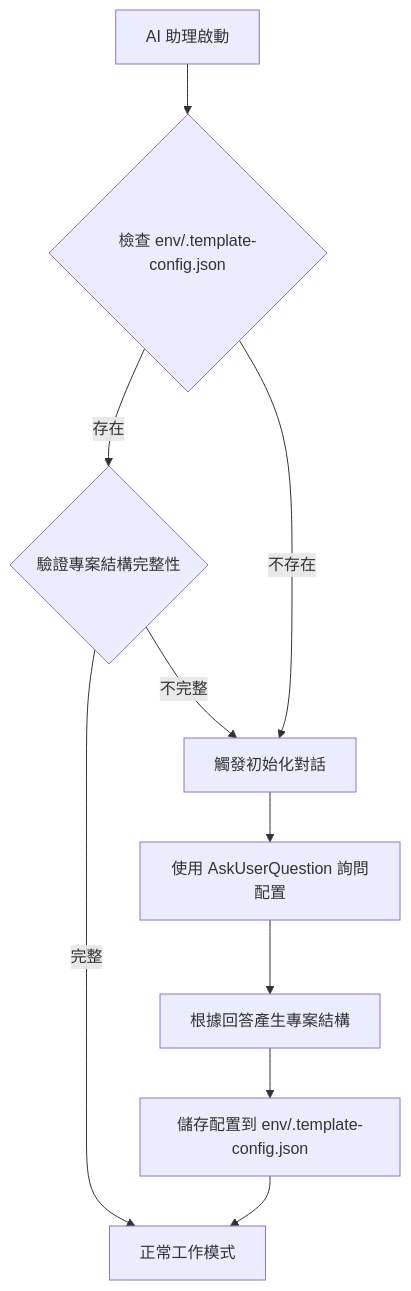
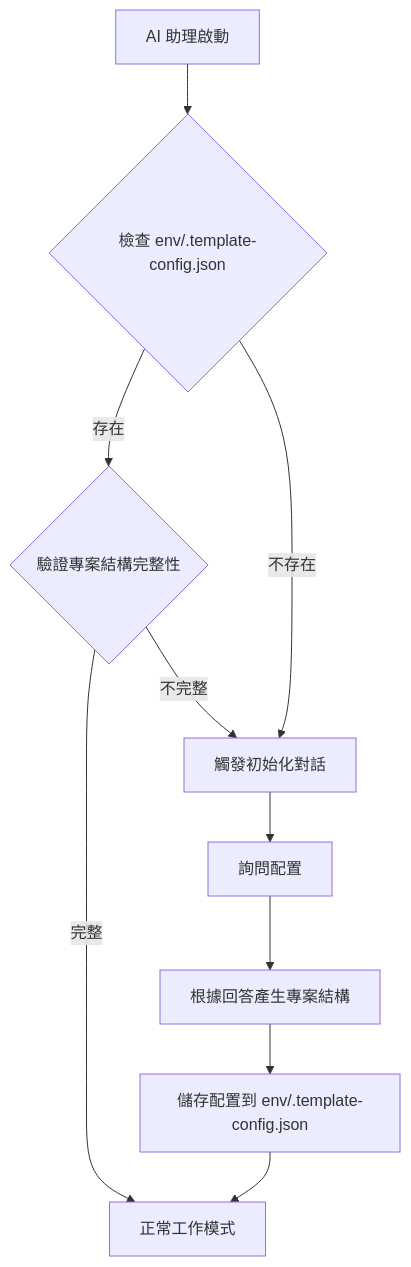
One commit to yaochangyu/api.template changed the diagram in CLAUDE.md. Above: the diagram before and after it, drawn with Mermaid. The commit also changed other lines of this file and 2 other files, not shown here.

````diff
--- a/CLAUDE.md
+++ b/CLAUDE.md
@@ -131,12 +72,12 @@
 ```mermaid
 graph TD
     A[AI 助理啟動] --> B{檢查 env/.template-config.json}
     B -->|存在| C{驗證專案結構完整性}
     B -->|不存在| D[觸發初始化對話]
     C -->|完整| E[正常工作模式]
     C -->|不完整| D
-    D --> F[使用 AskUserQuestion 詢問配置]
+    D --> F[詢問配置]
     F --> G[根據回答產生專案結構]
     G --> H[儲存配置到 env/.template-config.json]
     H --> E
 ```
````
